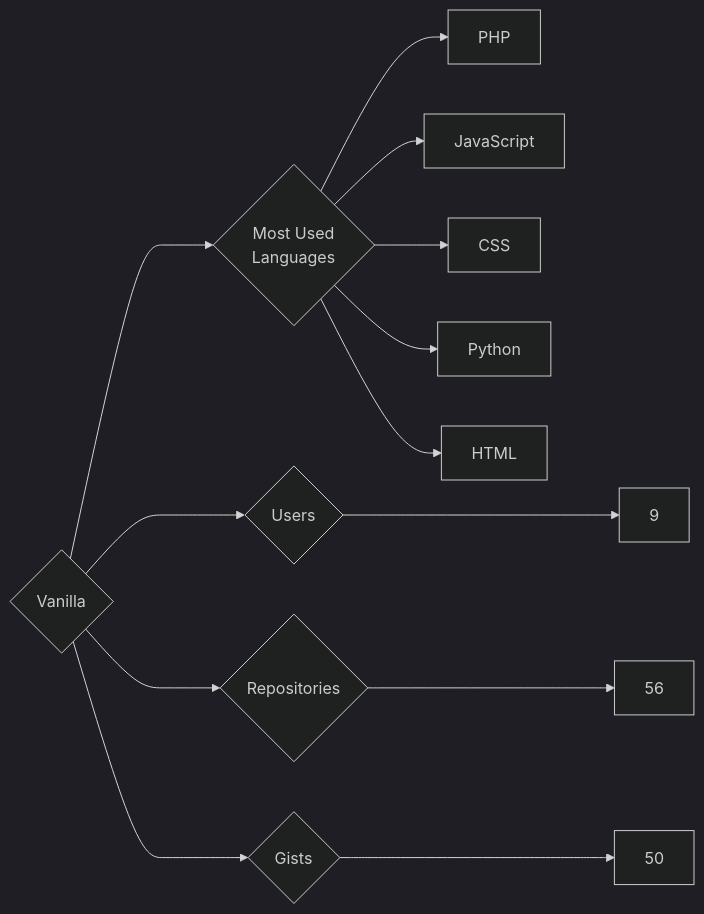
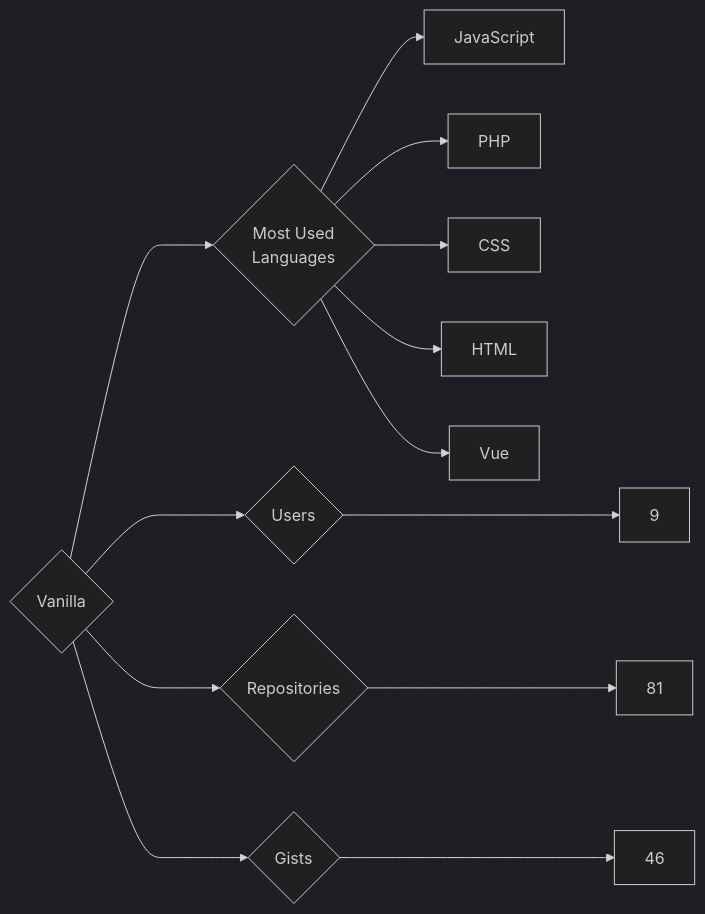
Before and after one commit to trickest/insiders: the diagram in targets/Vanilla/README.md, drawn with Mermaid (dark theme). The commit also changed 878 other files, not shown here.

````diff
--- a/targets/Vanilla/README.md
+++ b/targets/Vanilla/README.md
@@ -3,13 +3,13 @@
 ```mermaid
 graph LR
 COMPANY_NAME{Vanilla}
 COMPANY_NAME ---> U{Users} ---> UN[9]
-COMPANY_NAME ---> R{Repositories} ---> RN[56]
-COMPANY_NAME ---> G{Gists} ---> GN[50]
+COMPANY_NAME ---> R{Repositories} ---> RN[81]
+COMPANY_NAME ---> G{Gists} ---> GN[46]
 COMPANY_NAME ---> ML{Most Used<br>Languages}
+ML --> JavaScript[JavaScript]
 ML --> PHP[PHP]
-ML --> JavaScript[JavaScript]
 ML --> CSS[CSS]
-ML --> Python[Python]
 ML --> HTML[HTML]
+ML --> Vue[Vue]
 ```
````
